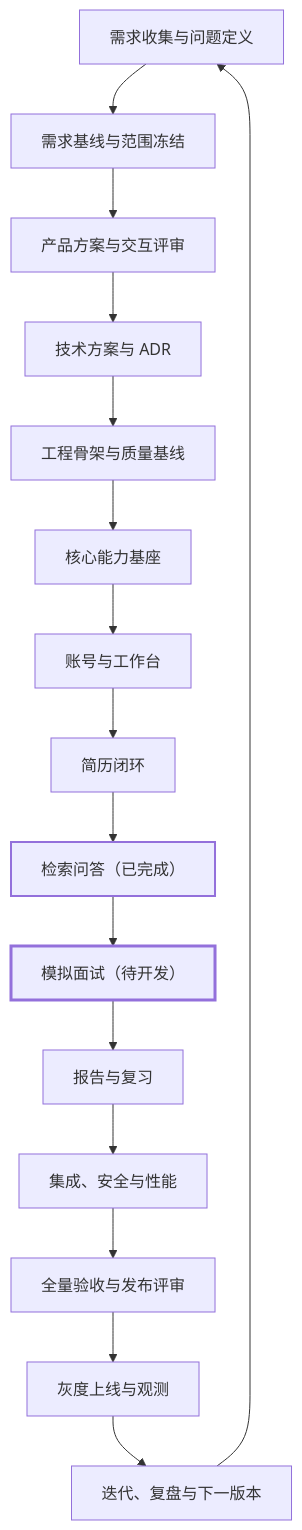
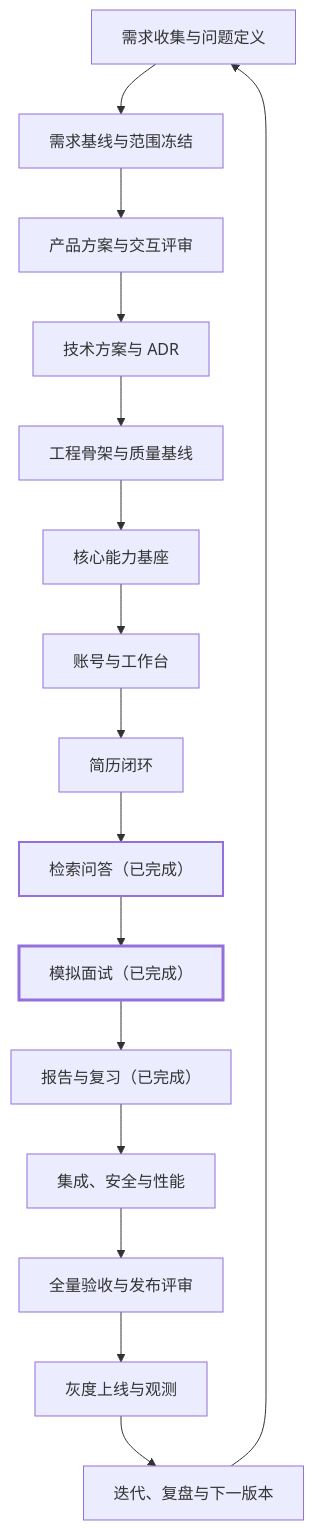
One commit to Rainloury/technical-interview-agent changed the diagram in docs/development-flow.md. Above: the diagram before and after it, drawn with Mermaid. The commit also changed other lines of this file and 6 other files, not shown here.

````diff
--- a/docs/development-flow.md
+++ b/docs/development-flow.md
@@ -43,23 +43,23 @@
 ```mermaid
 flowchart TD
     A["需求收集与问题定义"] --> B["需求基线与范围冻结"]
     B --> C["产品方案与交互评审"]
     C --> D["技术方案与 ADR"]
     D --> E["工程骨架与质量基线"]
     E --> F["核心能力基座"]
     F --> G["账号与工作台"]
     G --> H["简历闭环"]
     H --> I["检索问答（已完成）"]
-    I --> J["模拟面试（待开发）"]
-    J --> K["报告与复习"]
+    I --> J["模拟面试（已完成）"]
+    J --> K["报告与复习（已完成）"]
     K --> L["集成、安全与性能"]
     L --> M["全量验收与发布评审"]
     M --> N["灰度上线与观测"]
     N --> O["迭代、复盘与下一版本"]
     O --> A
 
     classDef current stroke-width:3px;
     classDef completed stroke-width:2px;
     class I completed;
     class J current;
 ```
````
